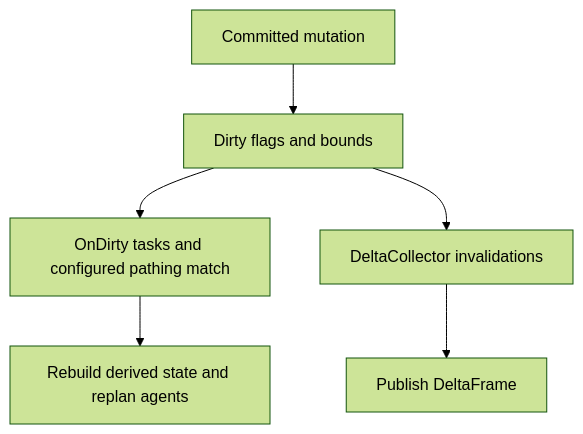
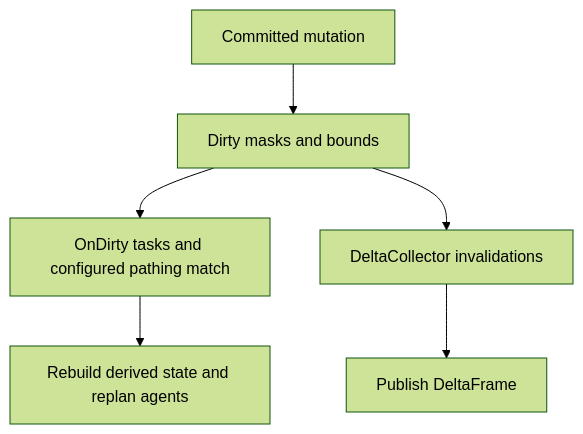
Before and after one commit to kindjie/tess: the third of 5 diagrams in docs/architecture/README.md, drawn with Mermaid (forest theme). The commit also changed other lines of this file and 235 other files, not shown here.

````diff
--- a/docs/architecture/README.md
+++ b/docs/architecture/README.md
@@ -75,11 +75,11 @@
 ```mermaid
 flowchart TB
   accTitle: Dirty-driven downstream work
   accDescr: Accurate dirty masks and bounds trigger scheduled maintenance, path-agent replanning, and versioned render delta publication.
 
-  Mutation["Committed mutation"] --> Dirty["Dirty flags and bounds"]
+  Mutation["Committed mutation"] --> Dirty["Dirty masks and bounds"]
   Dirty --> Triggers["OnDirty tasks and configured pathing match"]
   Triggers --> Work["Rebuild derived state and replan agents"]
   Dirty --> Collector["DeltaCollector invalidations"]
   Collector --> Frame["Publish DeltaFrame"]
 ```
````
